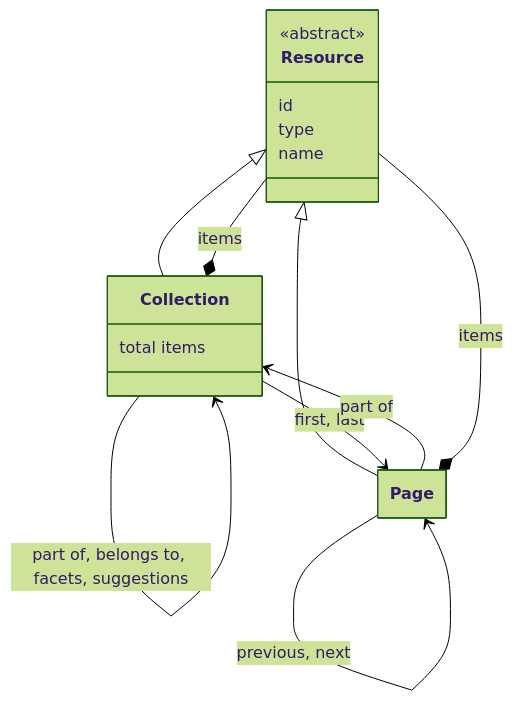
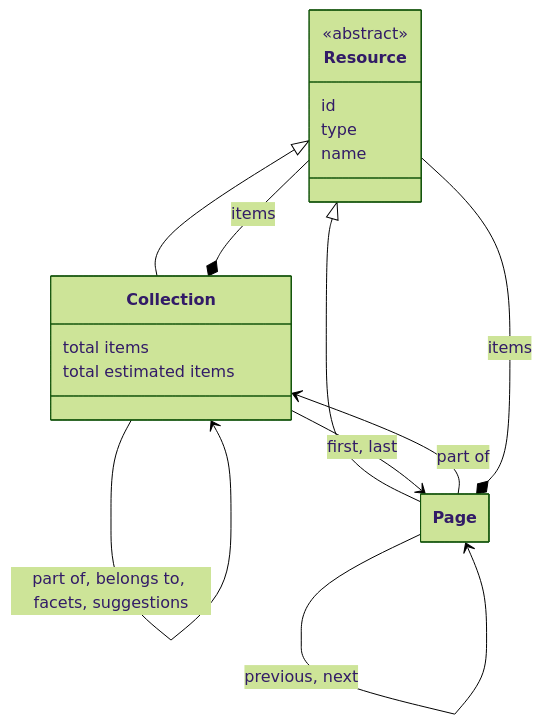
Before and after one commit to netwerk-digitaal-erfgoed/netwerk-digitaal-erfgoed.github.io: the first of 2 diagrams in docs/requirements/data-layer-api/rest/resources.md, drawn with Mermaid (forest theme). The commit also changed other lines of this file and 6 other files, not shown here.

````diff
--- a/docs/requirements/data-layer-api/rest/resources.md
+++ b/docs/requirements/data-layer-api/rest/resources.md
@@ -24,32 +24,33 @@
 ```mermaid
 ---
   config:
     class:
       hideEmptyMembersBox: true
 ---
 classDiagram
 
 class Resource {
   <<abstract>>
   id
   type
   name
 }
 
 class Collection {
   total items
+  total estimated items
 }
 
 class Page
 
 Resource <|-- Collection
 Resource <|-- Page
 
 Collection *-- Collection : items
 Collection --> Collection : part of, belongs to, facets, suggestions
 Collection --> Page : first, last
 Collection *-- Resource : items
 Page --> Collection : part of
 Page --> Page : previous, next
 Page *-- Resource : items
 ```
````
